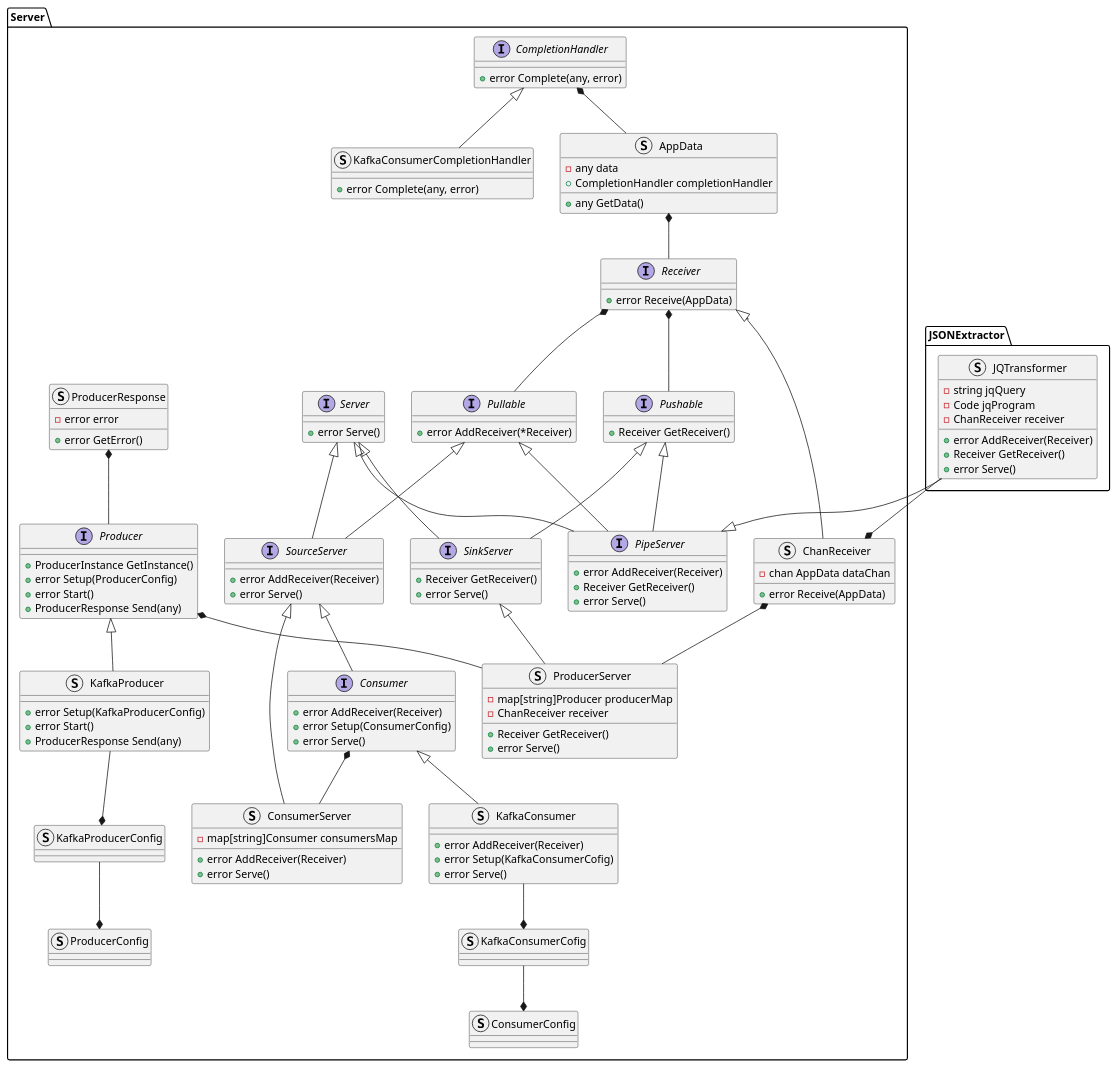
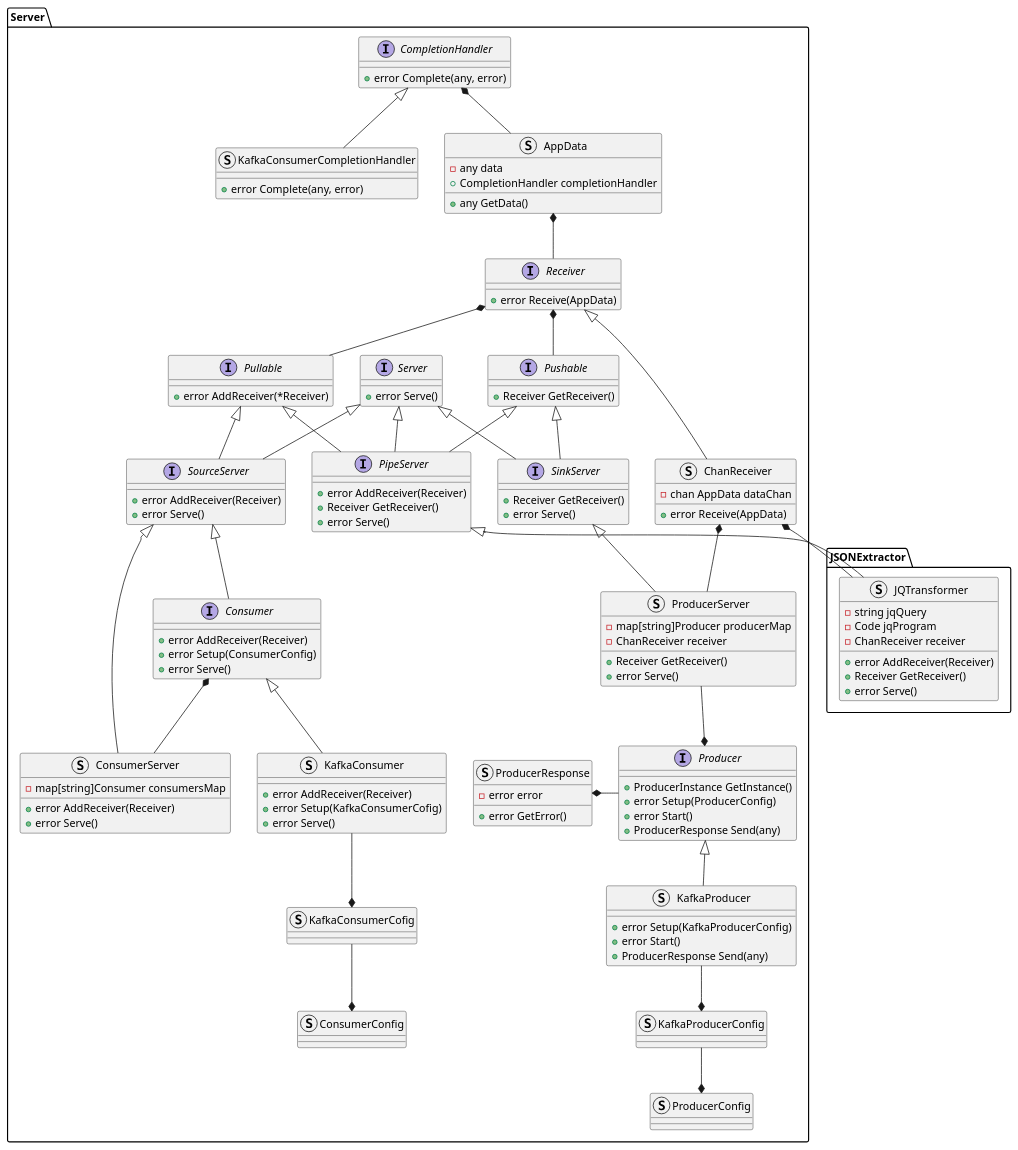
The diagram in docs/design_notes/DN1_JSON_Extractor/class_diagram.puml (xtuml/otel2pv), drawn with PlantUML before and after one commit. The commit also changed 6 other files, not shown here.

```diff
--- a/docs/design_notes/DN1_JSON_Extractor/class_diagram.puml
+++ b/docs/design_notes/DN1_JSON_Extractor/class_diagram.puml
@@ -1,126 +1,126 @@
 @startuml
+namespace JSONExtractor {
+    struct JQTransformer {
+        -string jqQuery
+        -Code jqProgram
+        -ChanReceiver receiver
+        +error AddReceiver(Receiver)
+        +Receiver GetReceiver()
+        +error Serve()
+    }
+}
 namespace Server {
     interface CompletionHandler {
         +error Complete(any, error)
     }
     struct KafkaConsumerCompletionHandler {
         +error Complete(any, error)
     }
     struct AppData {
         -any data
         +CompletionHandler completionHandler
         +any GetData()
     }
     interface Receiver {
         +error Receive(AppData)
     }
     struct ChanReceiver {
         -chan AppData dataChan
         +error Receive(AppData)
     }
     interface Server {
         +error Serve()
     }
     interface Pullable {
         +error AddReceiver(*Receiver)
     }
     interface Pushable {
         +Receiver GetReceiver()
     }
     interface SourceServer {
         +error AddReceiver(Receiver)
         +error Serve()
     }
     interface SinkServer {
         +Receiver GetReceiver()
         +error Serve()
     }
     interface PipeServer {
         +error AddReceiver(Receiver)
         +Receiver GetReceiver()
         +error Serve()
     }
     struct ProducerResponse {
         -error error
         +error GetError()
     }
     interface Producer {
         +ProducerInstance GetInstance()
         +error Setup(ProducerConfig)
         +error Start()
         +ProducerResponse Send(any)
     }
     interface Consumer {
         +error AddReceiver(Receiver)
         +error Setup(ConsumerConfig)
         +error Serve()
     }
     struct KafkaConsumer {
         +error AddReceiver(Receiver)
         +error Setup(KafkaConsumerCofig)
         +error Serve()
     }
     struct KafkaProducer {
         +error Setup(KafkaProducerConfig)
         +error Start()
         +ProducerResponse Send(any)
     }
     struct ProducerServer {
         -map[string]Producer producerMap
         -ChanReceiver receiver
         +Receiver GetReceiver()
         +error Serve()
     }
     struct ConsumerServer {
         -map[string]Consumer consumersMap
         +error AddReceiver(Receiver)
         +error Serve()
     }
     struct KafkaConsumerCofig
     struct KafkaProducerConfig
     struct ProducerConfig
     struct ConsumerConfig
 }
-namespace JSONExtractor {
-    struct JQTransformer {
-        -string jqQuery
-        -Code jqProgram
-        -ChanReceiver receiver
-        +error AddReceiver(Receiver)
-        +Receiver GetReceiver()
-        +error Serve()
-    }
-}
 Server.CompletionHandler *-- Server.AppData
 Server.CompletionHandler <|-- Server.KafkaConsumerCompletionHandler
 Server.AppData *-- Server.Receiver
 Server.Receiver *-- Server.Pullable
 Server.Receiver *-- Server.Pushable
 Server.Receiver <|-- Server.ChanReceiver
 Server.Server <|-- Server.SourceServer
 Server.Pullable <|-- Server.SourceServer
 Server.Server <|-- Server.SinkServer
 Server.Pushable <|-- Server.SinkServer
 Server.Pushable <|-- Server.PipeServer
 Server.Pullable <|-- Server.PipeServer
 Server.Server <|-- Server.PipeServer
 
-Server.ProducerResponse *-- Server.Producer
+Server.ProducerResponse *-right- Server.Producer
 Server.Producer <|-- Server.KafkaProducer
 Server.Consumer <|-- Server.KafkaConsumer
-Server.Producer *-- Server.ProducerServer
+Server.Producer *-up- Server.ProducerServer
 Server.SinkServer <|-- Server.ProducerServer
 Server.ChanReceiver *-- Server.ProducerServer
-Server.SourceServer <|-- Server.ConsumerServer
+Server.SourceServer <|-left- Server.ConsumerServer
 Server.Consumer *-- Server.ConsumerServer
-Server.SourceServer <|-- Server.Consumer
+Server.SourceServer <|-down- Server.Consumer
 
 Server.KafkaConsumerCofig *-up- Server.KafkaConsumer
 Server.KafkaProducerConfig *-up- Server.KafkaProducer
 
-Server.PipeServer <|-up- JSONExtractor.JQTransformer
-Server.ChanReceiver *-up- JSONExtractor.JQTransformer
+Server.PipeServer <|-- JSONExtractor.JQTransformer
+Server.ChanReceiver *-- JSONExtractor.JQTransformer
 
 Server.ProducerConfig *-up- Server.KafkaProducerConfig
 Server.ConsumerConfig *-up- Server.KafkaConsumerCofig
 @enduml
```
